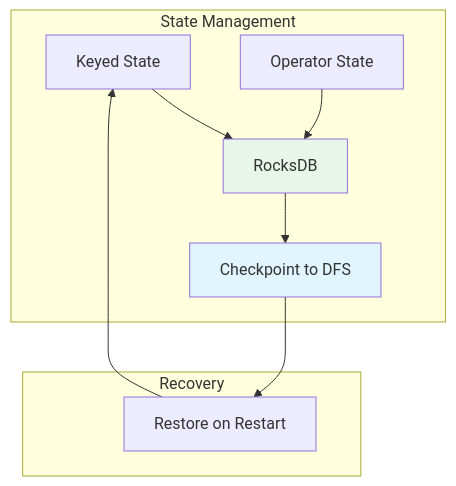
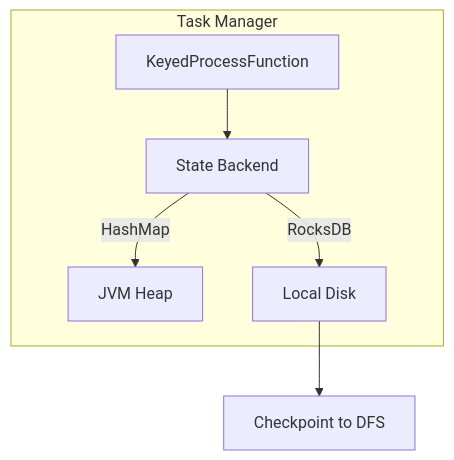
Before and after one commit to AdaMartin18010/AnalysisDataFlow: the diagram in en/pattern-stateful-computation.md, drawn with Mermaid. The commit also changed other lines of this file and 78 other files, not shown here.

````diff
--- a/en/pattern-stateful-computation.md
+++ b/en/pattern-stateful-computation.md
@@ -146,16 +114,9 @@
 ```mermaid
-graph TD
-    subgraph "State Management"
-        K[Keyed State] --> R[RocksDB]
-        O[Operator State] --> R
-        R --> C[Checkpoint to DFS]
+graph TB
+    subgraph Task[Task Manager]
+        A[KeyedProcessFunction] --> B[State Backend]
+        B -->|HashMap| C[JVM Heap]
+        B -->|RocksDB| D[Local Disk]
     end
-    
-    subgraph "Recovery"
-        C --> Rest[Restore on Restart]
-        Rest --> K
-    end
-    
-    style R fill:#e8f5e9
-    style C fill:#e1f5fe
+    D --> E[Checkpoint to DFS]
 ```
````
